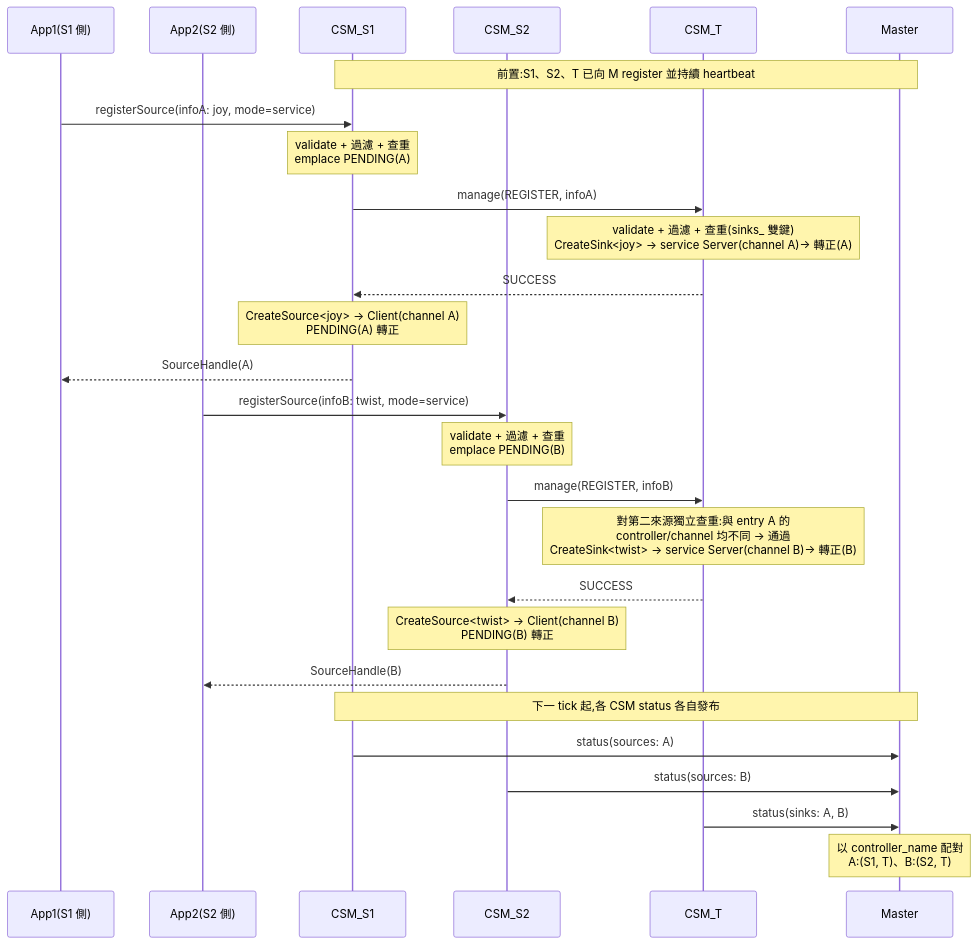
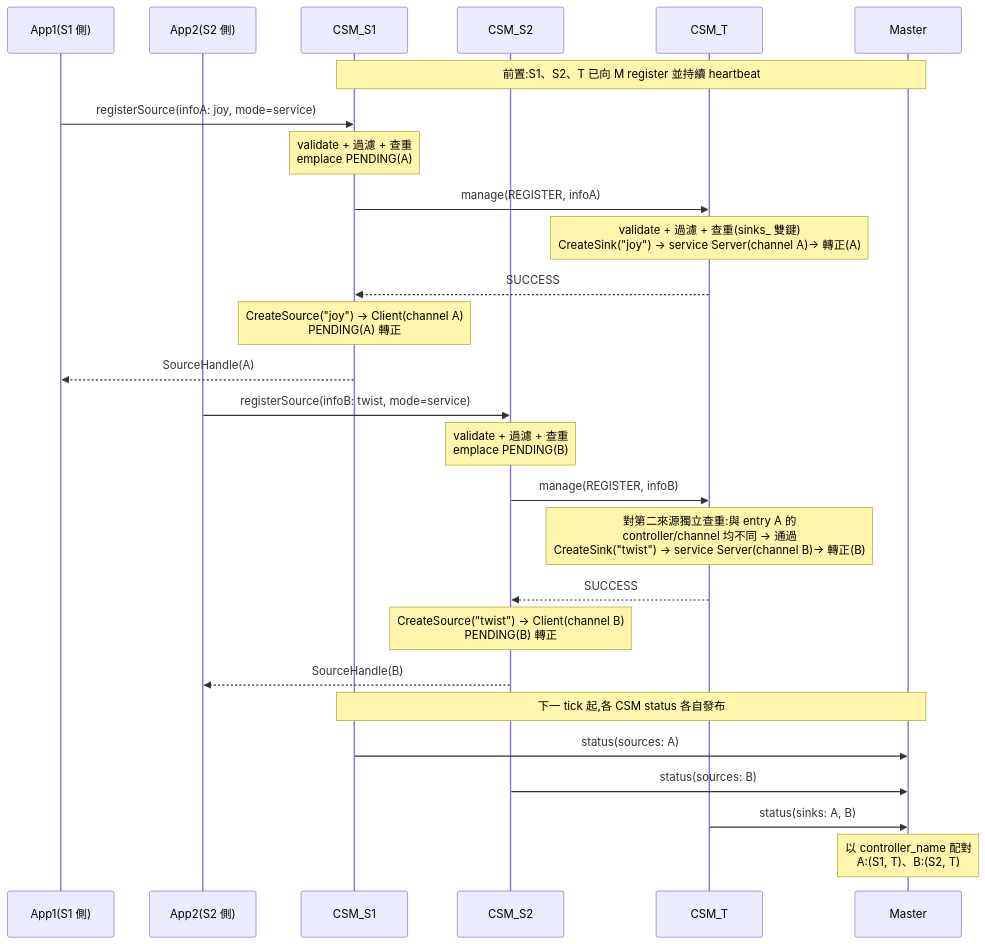
Diagram 38 of 42 in r1_design_draft.md (cocobird231/rv2_project), drawn with Mermaid before and after one commit. The commit also changed other lines of this file, not shown here.

````diff
--- a/r1_design_draft.md
+++ b/r1_design_draft.md
@@ -2514,32 +2582,32 @@
 ```mermaid
 sequenceDiagram
     participant App1 as App1(S1 側)
     participant App2 as App2(S2 側)
     participant S1 as CSM_S1
     participant S2 as CSM_S2
     participant T as CSM_T
     participant M as Master
 
     Note over S1,M: 前置:S1、S2、T 已向 M register 並持續 heartbeat
     App1->>S1: registerSource(infoA: joy, mode=service)
     Note over S1: validate + 過濾 + 查重<br/>emplace PENDING(A)
     S1->>T: manage(REGISTER, infoA)
-    Note over T: validate + 過濾 + 查重(sinks_ 雙鍵)<br/>CreateSink<joy> → service Server(channel A)→ 轉正(A)
+    Note over T: validate + 過濾 + 查重(sinks_ 雙鍵)<br/>CreateSink("joy") → service Server(channel A)→ 轉正(A)
     T-->>S1: SUCCESS
-    Note over S1: CreateSource<joy> → Client(channel A)<br/>PENDING(A) 轉正
+    Note over S1: CreateSource("joy") → Client(channel A)<br/>PENDING(A) 轉正
     S1-->>App1: SourceHandle(A)
 
     App2->>S2: registerSource(infoB: twist, mode=service)
     Note over S2: validate + 過濾 + 查重<br/>emplace PENDING(B)
     S2->>T: manage(REGISTER, infoB)
-    Note over T: 對第二來源獨立查重:與 entry A 的<br/>controller/channel 均不同 → 通過<br/>CreateSink<twist> → service Server(channel B)→ 轉正(B)
+    Note over T: 對第二來源獨立查重:與 entry A 的<br/>controller/channel 均不同 → 通過<br/>CreateSink("twist") → service Server(channel B)→ 轉正(B)
     T-->>S2: SUCCESS
-    Note over S2: CreateSource<twist> → Client(channel B)<br/>PENDING(B) 轉正
+    Note over S2: CreateSource("twist") → Client(channel B)<br/>PENDING(B) 轉正
     S2-->>App2: SourceHandle(B)
 
     Note over S1,M: 下一 tick 起,各 CSM status 各自發布
     S1->>M: status(sources: A)
     S2->>M: status(sources: B)
     T->>M: status(sinks: A, B)
     Note over M: 以 controller_name 配對<br/>A:(S1, T)、B:(S2, T)
 ```
````
